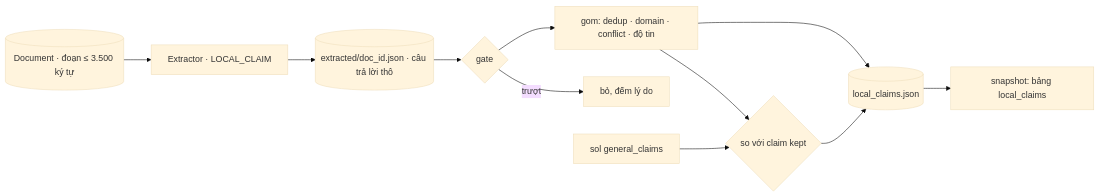
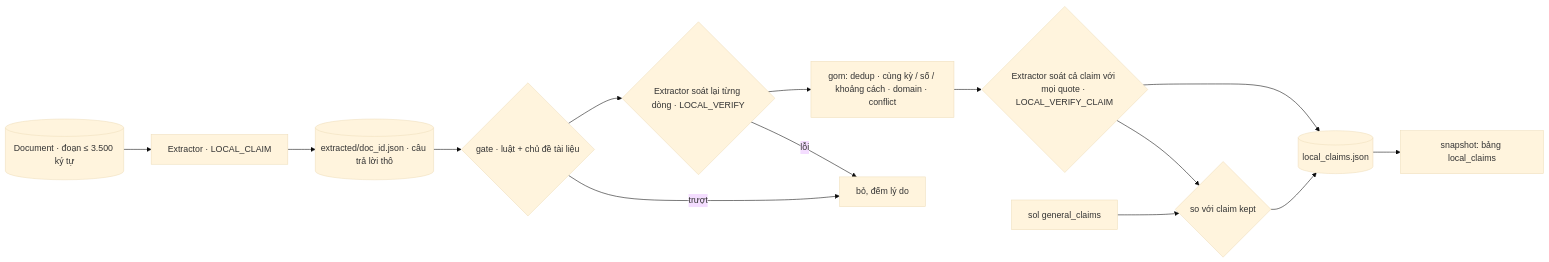
The seventh of 8 diagrams in docs/CORPUS.md (LuanLuKim/tripguardian-nt548), drawn with Mermaid (base theme) before and after one commit. The commit also changed other lines of this file and 1006 other files, not shown here.

````diff
--- a/docs/CORPUS.md
+++ b/docs/CORPUS.md
@@ -744,11 +801,15 @@
 ```mermaid
 flowchart LR
   D[(Document · đoạn ≤ 3.500 ký tự)] --> X[Extractor · LOCAL_CLAIM]
   X --> E[(extracted/doc_id.json · câu trả lời thô)]
-  E --> G{gate}
+  E --> G{gate · luật + chủ đề tài liệu}
   G -->|trượt| R[bỏ, đếm lý do]
-  G --> A[gom: dedup · domain · conflict · độ tin]
+  G --> V{Extractor soát lại từng dòng · LOCAL_VERIFY}
+  V -->|lỗi| R
+  V --> A[gom: dedup · cùng kỳ / số / khoảng cách · domain · conflict]
+  A --> W{Extractor soát cả claim với mọi quote · LOCAL_VERIFY_CLAIM}
   S[sol general_claims] --> C{so với claim kept}
-  A --> C
-  A & C --> J[(local_claims.json)] --> T[snapshot: bảng local_claims]
+  W --> C
+  W --> J[(local_claims.json)] --> T[snapshot: bảng local_claims]
+  C --> J
 ```
````
